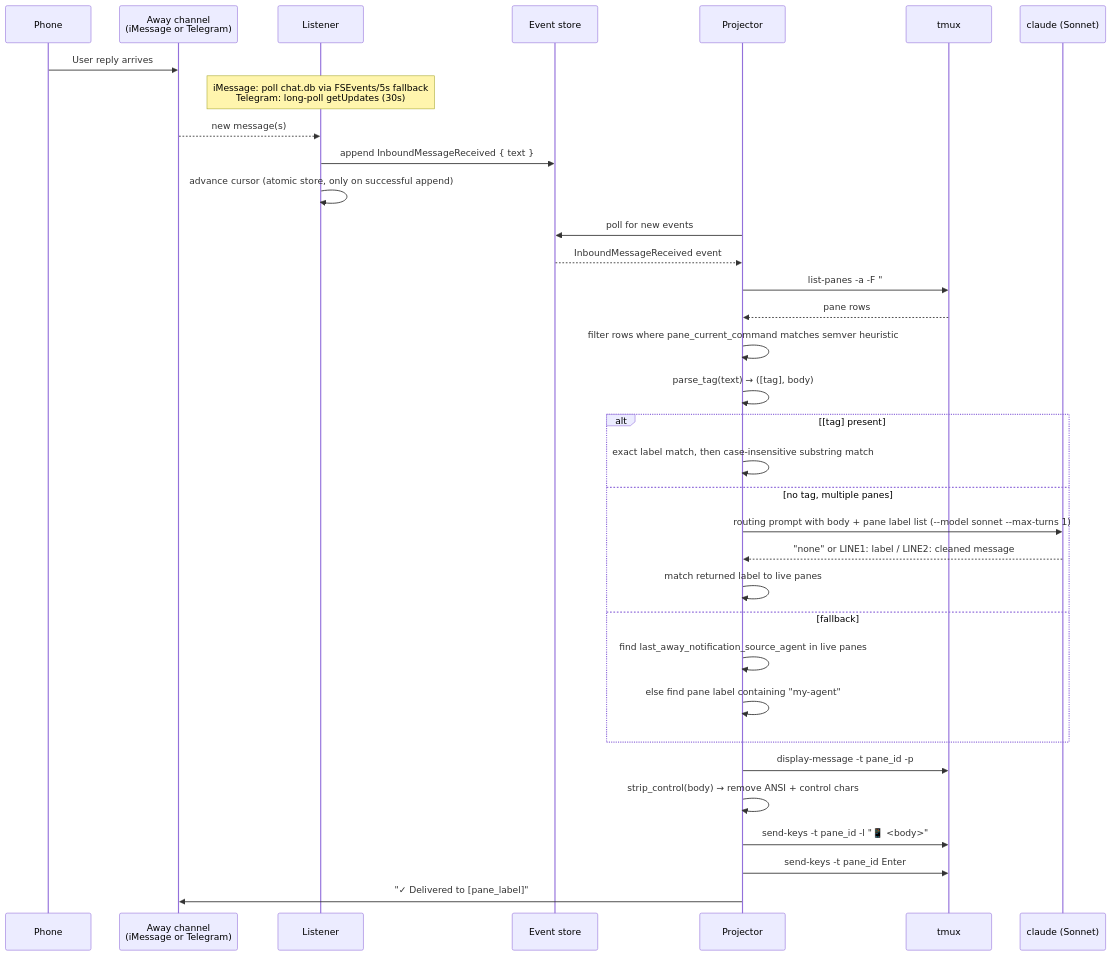
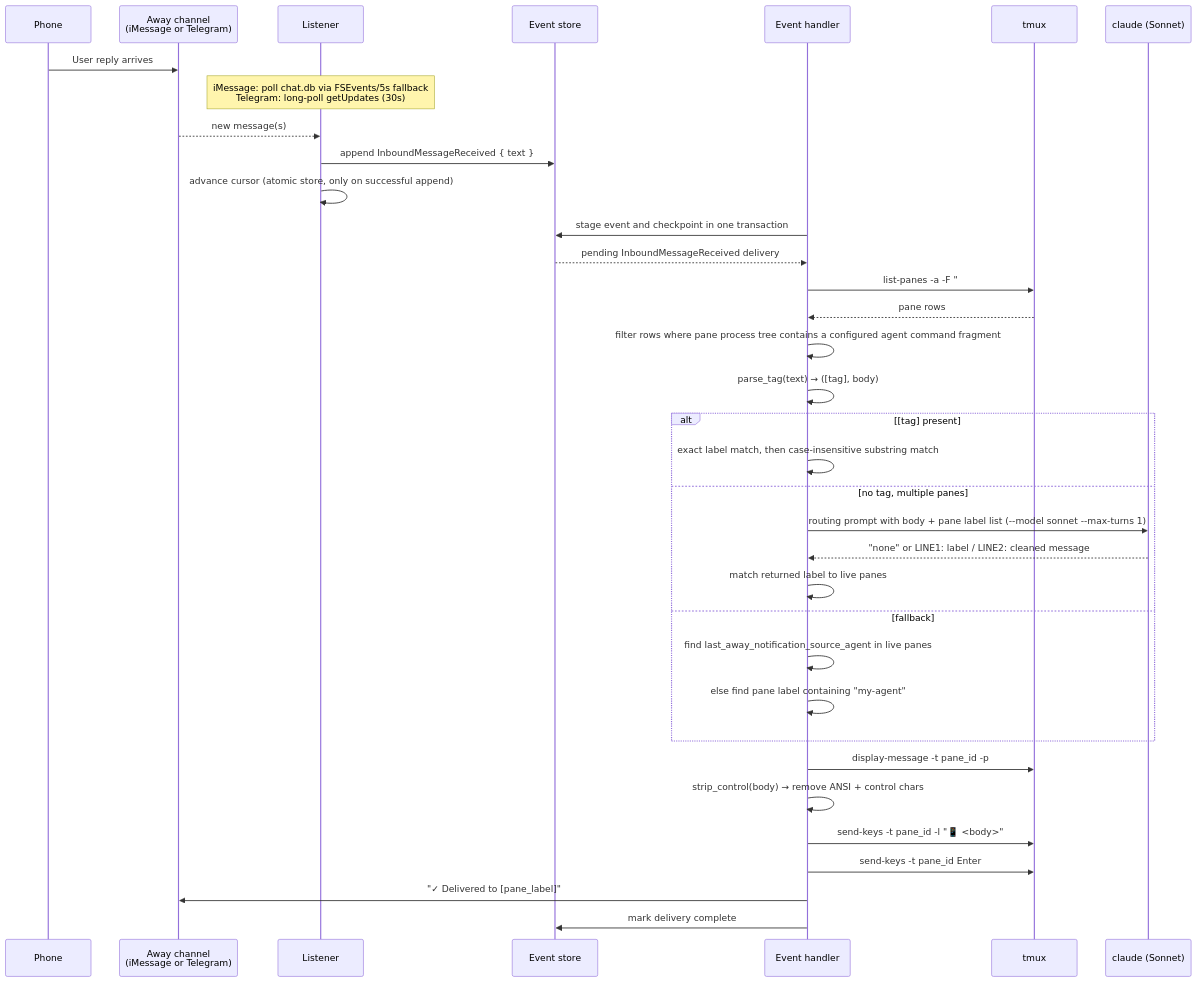
One commit to kahgeh/harold changed the diagram in docs/references/inbound-message-routing/README.md. Above: the diagram before and after it, drawn with Mermaid. The commit also changed other lines of this file and 33 other files, not shown here.

````diff
--- a/docs/references/inbound-message-routing/README.md
+++ b/docs/references/inbound-message-routing/README.md
@@ -97,42 +103,43 @@
 ```mermaid
 sequenceDiagram
     participant Phone
     participant Channel as Away channel<br/>(iMessage or Telegram)
     participant Listener
     participant Store as Event store
-    participant Projector
+    participant Handler as Event handler
     participant Tmux as tmux
     participant AiCli as claude (Sonnet)
 
     Phone->>Channel: User reply arrives
     note over Listener: iMessage: poll chat.db via FSEvents/5s fallback<br/>Telegram: long-poll getUpdates (30s)
     Channel-->>Listener: new message(s)
     Listener->>Store: append InboundMessageReceived { text }
     Listener->>Listener: advance cursor (atomic store, only on successful append)
 
-    Projector->>Store: poll for new events
-    Store-->>Projector: InboundMessageReceived event
+    Handler->>Store: stage event and checkpoint in one transaction
+    Store-->>Handler: pending InboundMessageReceived delivery
 
-    Projector->>Tmux: list-panes -a -F "#{pane_id}|#{session_name}:#{window_index}.#{pane_index}|#{pane_current_command}"
-    Tmux-->>Projector: pane rows
-    Projector->>Projector: filter rows where pane_current_command matches semver heuristic
+    Handler->>Tmux: list-panes -a -F "#{pane_id}|#{session_name}:#{window_index}.#{pane_index}|#{pane_pid}"
+    Tmux-->>Handler: pane rows
+    Handler->>Handler: filter rows where pane process tree contains a configured agent command fragment
 
-    Projector->>Projector: parse_tag(text) → ([tag], body)
+    Handler->>Handler: parse_tag(text) → ([tag], body)
 
     alt [tag] present
-        Projector->>Projector: exact label match, then case-insensitive substring match
+        Handler->>Handler: exact label match, then case-insensitive substring match
     else no tag, multiple panes
-        Projector->>AiCli: routing prompt with body + pane label list (--model sonnet --max-turns 1)
-        AiCli-->>Projector: "none" or LINE1: label / LINE2: cleaned message
-        Projector->>Projector: match returned label to live panes
+        Handler->>AiCli: routing prompt with body + pane label list (--model sonnet --max-turns 1)
+        AiCli-->>Handler: "none" or LINE1: label / LINE2: cleaned message
+        Handler->>Handler: match returned label to live panes
     else fallback
-        Projector->>Projector: find last_away_notification_source_agent in live panes
-        Projector->>Projector: else find pane label containing "my-agent"
+        Handler->>Handler: find last_away_notification_source_agent in live panes
+        Handler->>Handler: else find pane label containing "my-agent"
     end
 
-    Projector->>Tmux: display-message -t pane_id -p #{pane_current_command} → liveness check
-    Projector->>Projector: strip_control(body) → remove ANSI + control chars
-    Projector->>Tmux: send-keys -t pane_id -l "📱 <body>"
-    Projector->>Tmux: send-keys -t pane_id Enter
-    Projector->>Channel: "✓ Delivered to [pane_label]"
+    Handler->>Tmux: display-message -t pane_id -p #{pane_pid} → process-tree liveness check
+    Handler->>Handler: strip_control(body) → remove ANSI + control chars
+    Handler->>Tmux: send-keys -t pane_id -l "📱 <body>"
+    Handler->>Tmux: send-keys -t pane_id Enter
+    Handler->>Channel: "✓ Delivered to [pane_label]"
+    Handler->>Store: mark delivery complete
 ```
````
